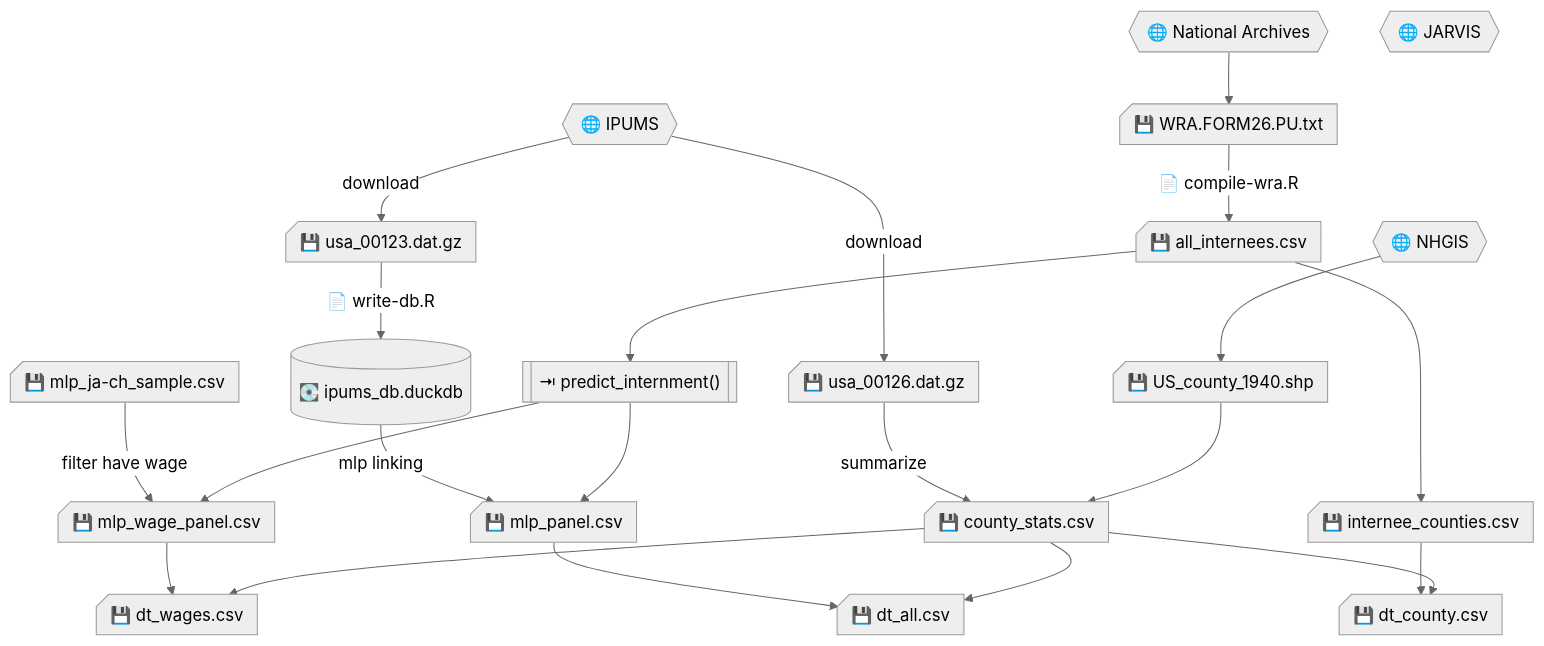
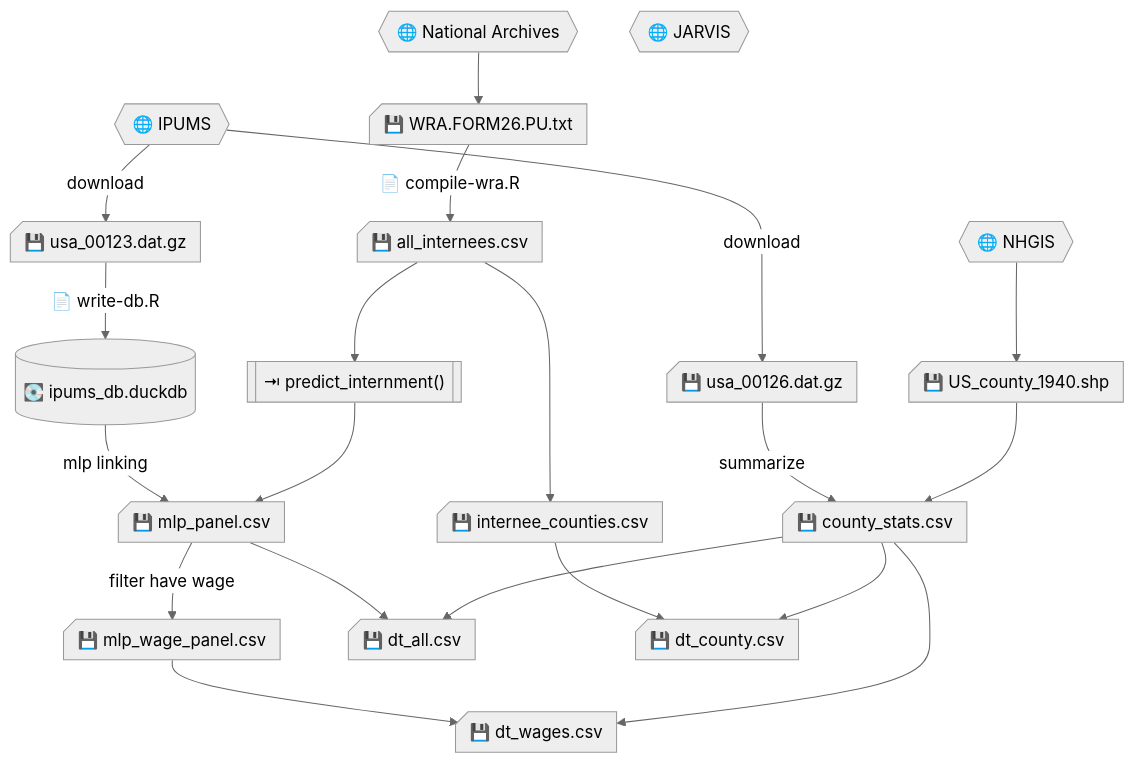
One commit to dyasui/internee_outcomes changed the diagram in data.org. Above: the diagram before and after it, drawn with Mermaid (neutral theme). The commit also changed other lines of this file and 1 other file, not shown here.

Commit message:
rearranging data.org, not tangling code; added more cleaned WRA variables

```diff
--- a/data.org
+++ b/data.org
@@ -4,44 +4,42 @@
-#+begin_src mermaid :file data-plan.svg
+#+begin_src mermaid :file data-plan.svg :tangle no
 flowchart TD
 %% Data sources
     nara@{ shape: hex, label: "🌐 National Archives"};
     ipums@{ shape: hex, label: "🌐 IPUMS"};
     nhgis@{ shape: hex, label: "🌐 NHGIS"};
     jarvis@{ shape: hex, label: "🌐 JARVIS"};
 
 %% raw data files 
     ipumsdat@{ shape: card, label: "💾 usa_00123.dat.gz"};
     fullct@{ shape: card, label: "💾 usa_00126.dat.gz"};
     shp@{ shape: card, label: "💾 US_county_1940.shp"};
     wra@{ shape: card, label: "💾 WRA.FORM26.PU.txt"};
 
 %% intermediate data files
     duckdb@{ shape: cyl, label: "💽 ipums_db.duckdb"};
-    mlp@{ shape: card, label: "💾 mlp_ja-ch_sample.csv"};
     panel@{ shape: card, label: "💾 mlp_panel.csv"};
     wage@{ shape: card, label: "💾 mlp_wage_panel.csv"};
     internees@{ shape: card, label: "💾 all_internees.csv"};
     counties@{ shape: card, label: "💾 county_stats.csv"};
     icounties@{ shape: card, label: "💾 internee_counties.csv"};
 
 %% functions
     pr_int@{ shape: subproc, label: "⇥ predict_internment()"};
 
 %% main analysis datasets
     m1@{ shape: card, label: "💾 dt_wages.csv"};
     m2@{ shape: card, label: "💾 dt_all.csv"};
     c1@{ shape: card, label: "💾 dt_county.csv"};
 
 %% create edges
     ipums -- download --> ipumsdat & fullct;
     fullct -- summarize --> counties;
     ipumsdat --📄 write-db.R--> duckdb -- "mlp linking" --> panel;
-    mlp -- "filter have wage" --> wage;
-    pr_int --> wage;
+    panel -- "filter have wage" --> wage;
     nhgis --> shp --> counties;
     nara --> wra --📄 compile-wra.R--> internees --> pr_int --> panel --> m2;
     internees --> icounties --> c1;
     wage --> m1;
     counties --> m1 & m2;
     counties --> c1;
 #+end_src
```
